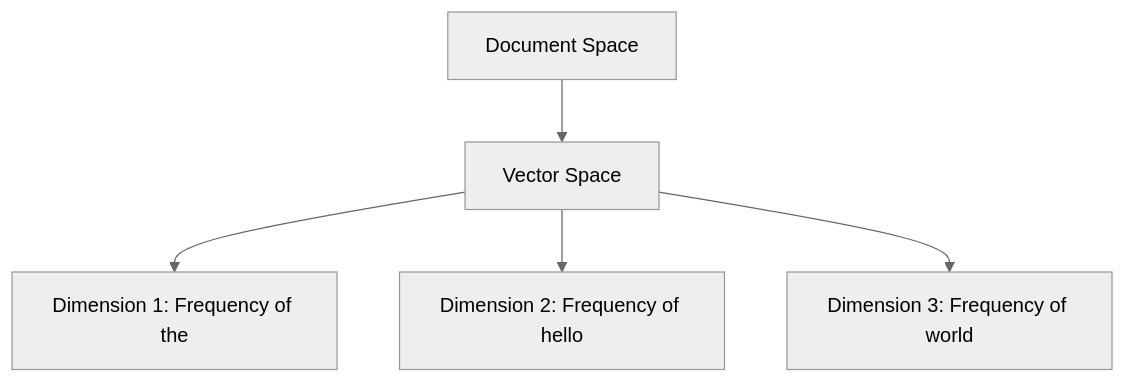
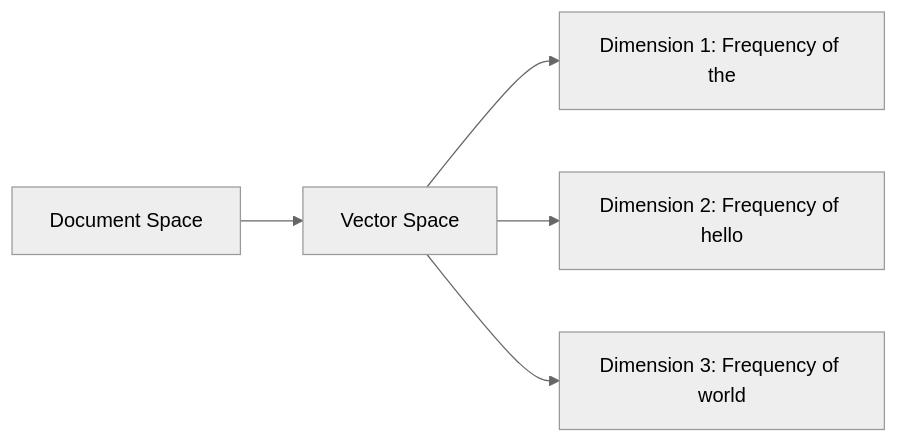
The first of 3 diagrams in readme.md (mgorav/Vectors), drawn with Mermaid (neutral theme) before and after one commit. The commit also changed 1 other file, not shown here.

````diff
--- a/readme.md
+++ b/readme.md
@@ -12,7 +12,7 @@
 ```mermaid
-graph TD
+graph LR
     A[Document Space] --> B[Vector Space]
     B --> C[Dimension 1: Frequency of the]
     B --> D[Dimension 2: Frequency of hello]
     B --> E[Dimension 3: Frequency of world]
 ```
````
